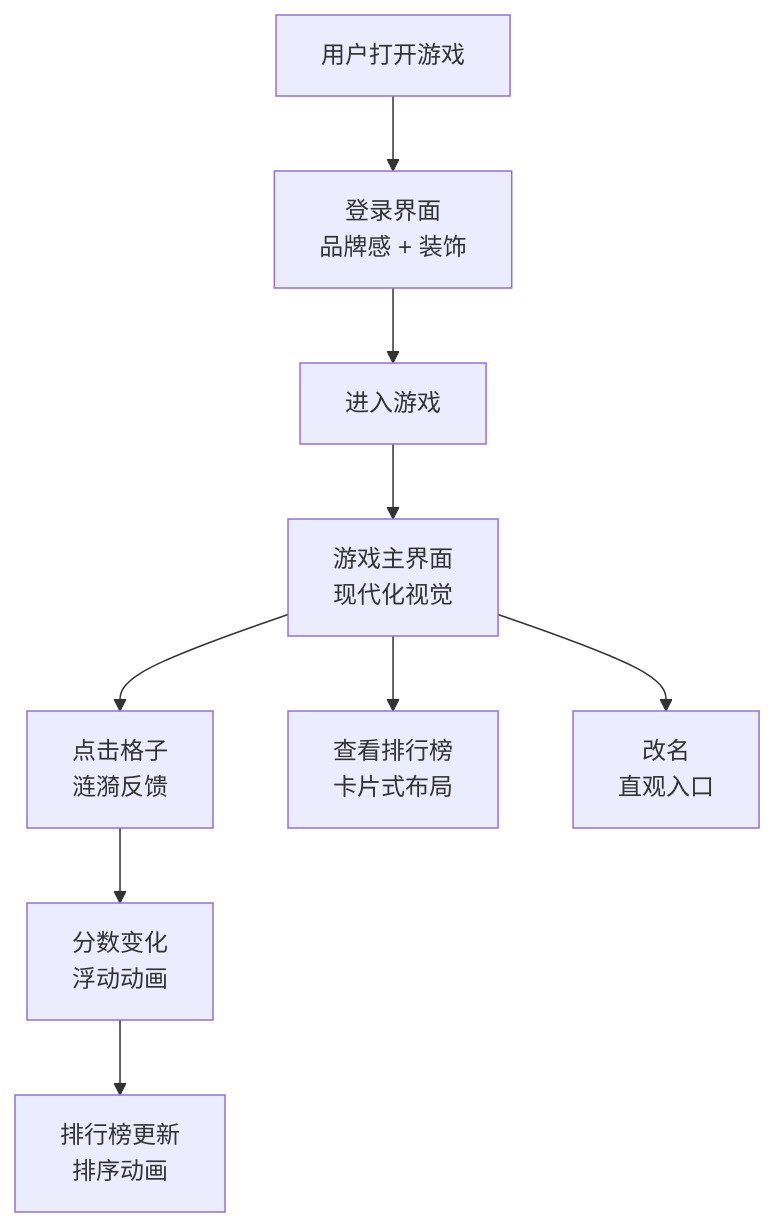
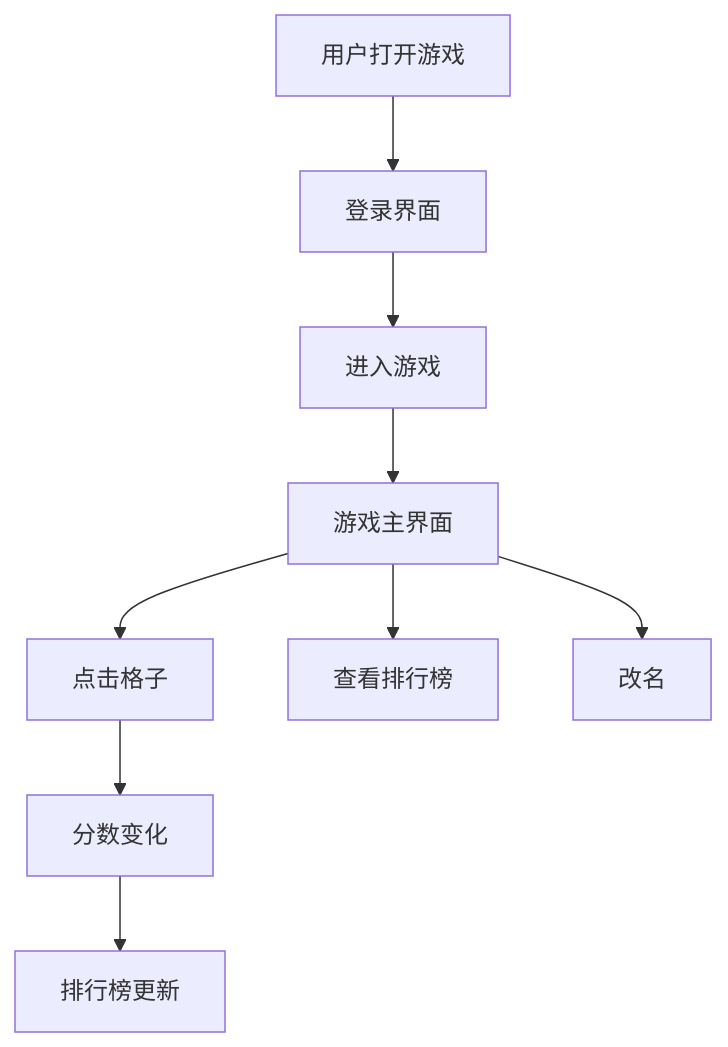
The diagram in docs/product/draft/02-界面重构优化.md (Deliay/minefield-online), drawn with Mermaid before and after one commit. The commit also changed other lines of this file, not shown here.

````diff
--- a/docs/product/draft/02-界面重构优化.md
+++ b/docs/product/draft/02-界面重构优化.md
@@ -93,11 +93,11 @@
 ```mermaid
 graph TD
-    A[用户打开游戏] --> B[登录界面<br/>品牌感 + 装饰]
+    A[用户打开游戏] --> B[登录界面]
     B --> C[进入游戏]
-    C --> D[游戏主界面<br/>现代化视觉]
-    D --> E[点击格子<br/>涟漪反馈]
-    D --> F[查看排行榜<br/>卡片式布局]
-    D --> G[改名<br/>直观入口]
-    E --> H[分数变化<br/>浮动动画]
-    H --> I[排行榜更新<br/>排序动画]
+    C --> D[游戏主界面]
+    D --> E[点击格子]
+    D --> F[查看排行榜]
+    D --> G[改名]
+    E --> H[分数变化]
+    H --> I[排行榜更新]
 ```
````
